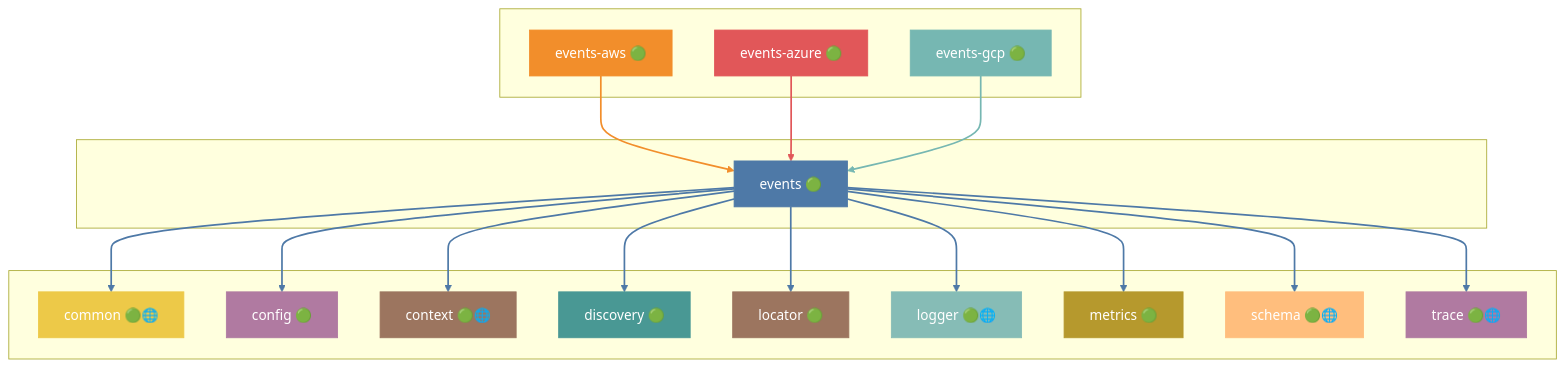
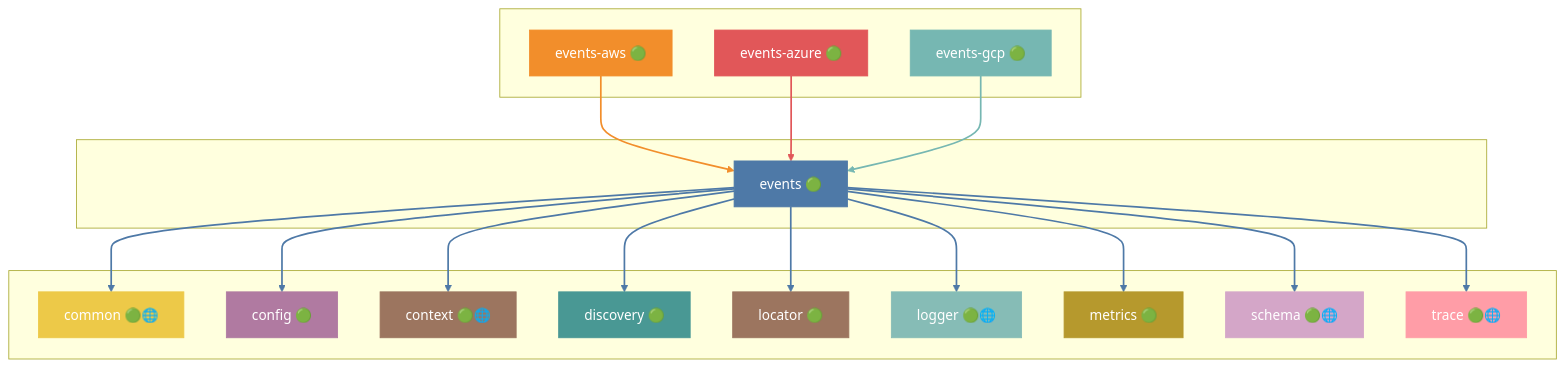
One commit to grest-ts/grest-ts changed diagram 20 of 47 in docs/DEPENDENCIES.md. Above: the diagram before and after it, drawn with Mermaid. The commit also changed other lines of this file and 27 other files, not shown here.

````diff
--- a/docs/DEPENDENCIES.md
+++ b/docs/DEPENDENCIES.md
@@ -1067,59 +1051,59 @@
 ```mermaid
 flowchart TB
     subgraph Dependents[" "]
         events-aws["events-aws 🟢"]
         events-azure["events-azure 🟢"]
         events-gcp["events-gcp 🟢"]
     end
     subgraph Package[" "]
         events["events 🟢"]
     end
     subgraph Dependencies[" "]
         common["common 🟢🌐"]
         config["config 🟢"]
         context["context 🟢🌐"]
         discovery["discovery 🟢"]
         locator["locator 🟢"]
         logger["logger 🟢🌐"]
         metrics["metrics 🟢"]
         schema["schema 🟢🌐"]
         trace["trace 🟢🌐"]
     end
     events-aws --> events
     events-azure --> events
     events-gcp --> events
     events --> common
     events --> config
     events --> context
     events --> discovery
     events --> locator
     events --> logger
     events --> metrics
     events --> schema
     events --> trace
     style events fill:#4E79A7,stroke:#4E79A7,color:#fff
     style events-aws fill:#F28E2B,stroke:#F28E2B,color:#fff
     style events-azure fill:#E15759,stroke:#E15759,color:#fff
     style events-gcp fill:#76B7B2,stroke:#76B7B2,color:#fff
     style common fill:#EDC948,stroke:#EDC948,color:#fff
     style config fill:#B07AA1,stroke:#B07AA1,color:#fff
     style context fill:#9C755F,stroke:#9C755F,color:#fff
     style discovery fill:#499894,stroke:#499894,color:#fff
     style locator fill:#9C755F,stroke:#9C755F,color:#fff
     style logger fill:#86BCB6,stroke:#86BCB6,color:#fff
     style metrics fill:#B6992D,stroke:#B6992D,color:#fff
-    style schema fill:#FFBE7D,stroke:#FFBE7D,color:#fff
-    style trace fill:#B07AA1,stroke:#B07AA1,color:#fff
+    style schema fill:#D4A6C8,stroke:#D4A6C8,color:#fff
+    style trace fill:#FF9DA7,stroke:#FF9DA7,color:#fff
     linkStyle 0 stroke:#F28E2B,stroke-width:2px
     linkStyle 1 stroke:#E15759,stroke-width:2px
     linkStyle 2 stroke:#76B7B2,stroke-width:2px
     linkStyle 3 stroke:#4E79A7,stroke-width:2px
     linkStyle 4 stroke:#4E79A7,stroke-width:2px
     linkStyle 5 stroke:#4E79A7,stroke-width:2px
     linkStyle 6 stroke:#4E79A7,stroke-width:2px
     linkStyle 7 stroke:#4E79A7,stroke-width:2px
     linkStyle 8 stroke:#4E79A7,stroke-width:2px
     linkStyle 9 stroke:#4E79A7,stroke-width:2px
     linkStyle 10 stroke:#4E79A7,stroke-width:2px
     linkStyle 11 stroke:#4E79A7,stroke-width:2px
 ```
````
